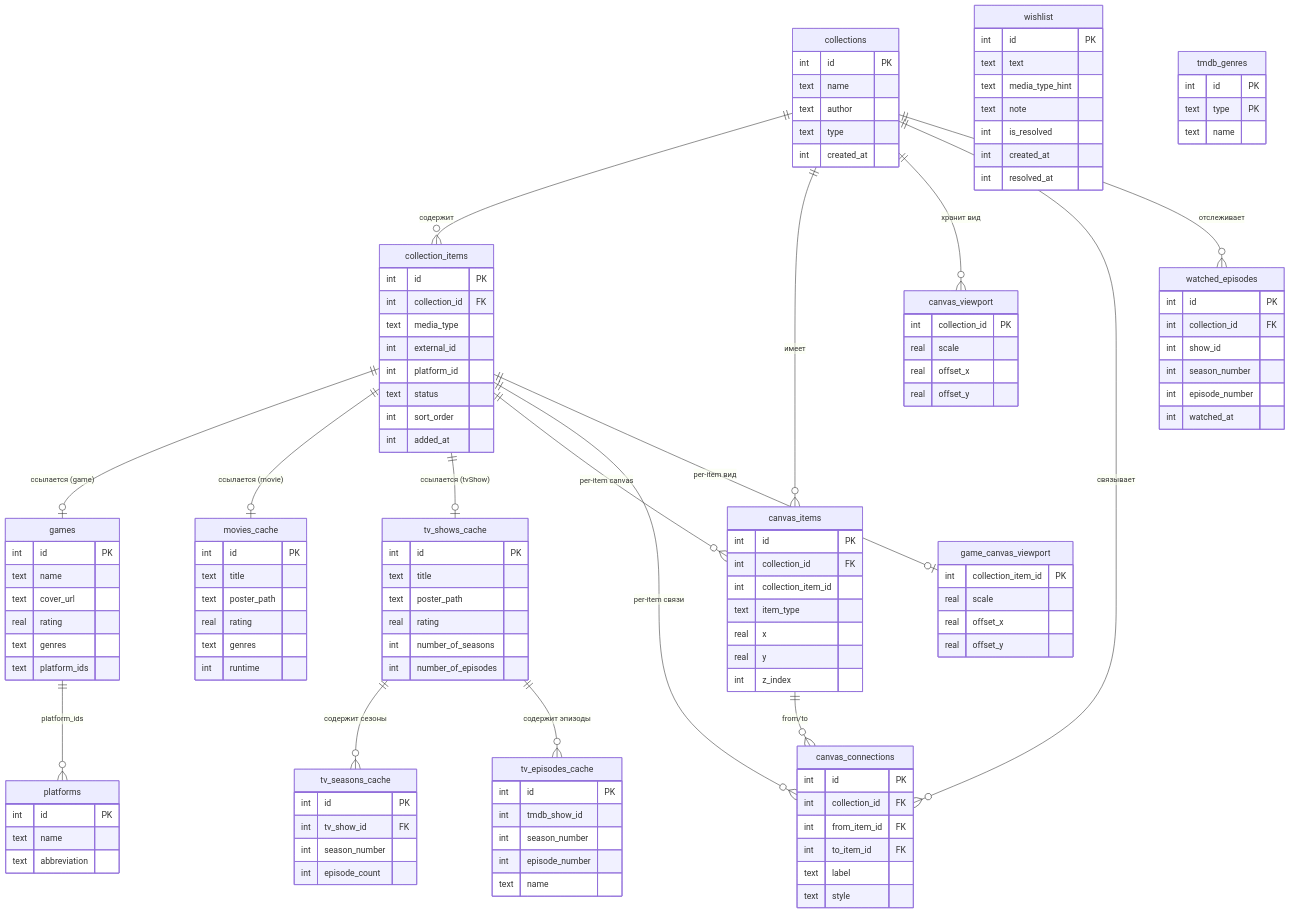
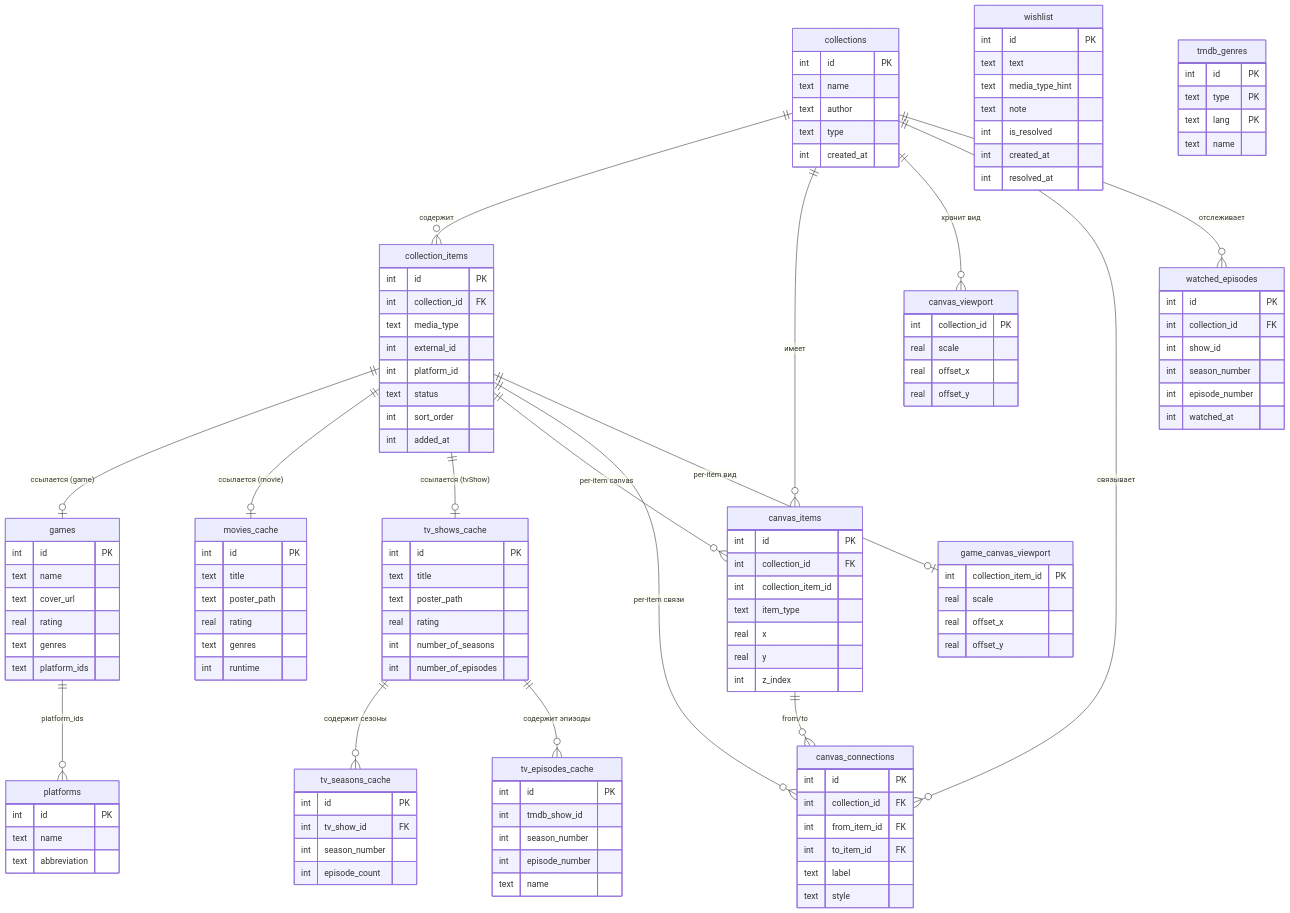
Before and after one commit to hacan359/tonkatsu_box: the second of 2 diagrams in docs/ARCHITECTURE.md, drawn with Mermaid. The commit also changed other lines of this file and 36 other files, not shown here.

````diff
--- a/docs/ARCHITECTURE.md
+++ b/docs/ARCHITECTURE.md
@@ -605,6 +606,7 @@
     tmdb_genres {
         int id PK
         text type PK
+        text lang PK
         text name
     }
 ```
````
